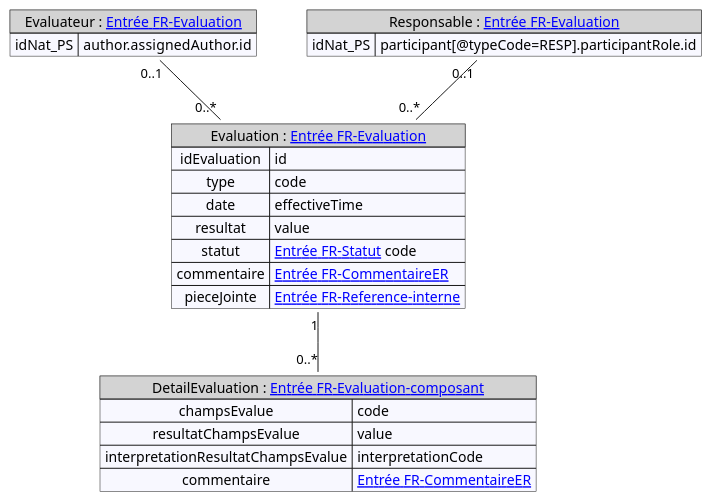
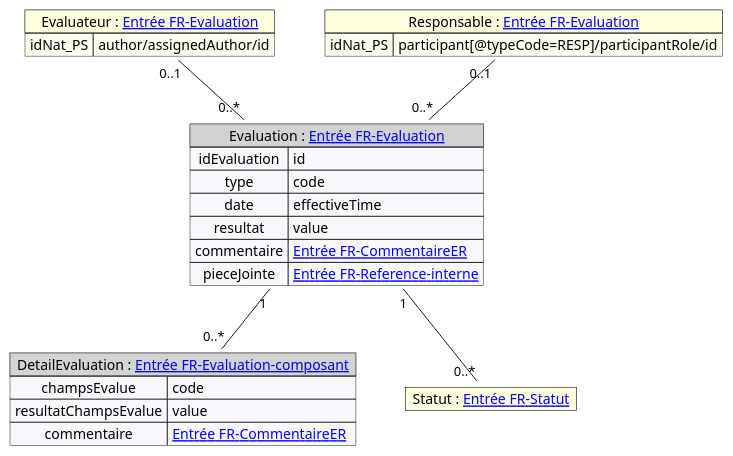
The diagram in input/images-source/mapping_evaluation.plantuml (ansforge/IG-fhir-transfert-donnees-dui-esms), drawn with PlantUML before and after one commit. The commit also changed 8 other files, not shown here.

```diff
--- a/input/images-source/mapping_evaluation.plantuml
+++ b/input/images-source/mapping_evaluation.plantuml
@@ -1,37 +1,38 @@
 @startuml
 
 
 map "Evaluation : [[contenu_dossier_corps_cda.html Entrée FR-Evaluation]]" as Evaluation #back:GhostWhite;header:LightGray{
     idEvaluation => id
     type => code
     date => effectiveTime
     resultat => value
-    statut => [[contenu_dossier_corps_cda.html Entrée FR-Statut]] code
     commentaire => [[contenu_dossier_corps_cda.html Entrée FR-CommentaireER]]
     pieceJointe => [[contenu_dossier_corps_cda.html Entrée FR-Reference-interne]]
 }
 
 
 map "DetailEvaluation : [[contenu_dossier_corps_cda.html Entrée FR-Evaluation-composant]]" as DetailEvaluation #back:GhostWhite;header:LightGray{
     champsEvalue => code
     resultatChampsEvalue => value
-    interpretationResultatChampsEvalue => interpretationCode
     commentaire => [[contenu_dossier_corps_cda.html Entrée FR-CommentaireER]]
 }
 
-map "Evaluateur : [[contenu_dossier_corps_cda.html Entrée FR-Evaluation]]" as Evaluateur#back:GhostWhite;header:LightGray{
-    idNat_PS => author.assignedAuthor.id
-   
+map "Evaluateur : [[contenu_dossier_corps_cda.html Entrée FR-Evaluation]]" as Evaluateur#back:Ivory;header:LightYellow {
+    idNat_PS => author/assignedAuthor/id
 }
 
-map "Responsable : [[contenu_dossier_corps_cda.html Entrée FR-Evaluation]]" as Responsable#back:GhostWhite;header:LightGray{
-    idNat_PS => participant[@typeCode=RESP].participantRole.id
+map "Responsable : [[contenu_dossier_corps_cda.html Entrée FR-Evaluation]]" as Responsable#back:Ivory;header:LightYellow {
+    idNat_PS => participant[@typeCode=RESP]/participantRole/id
+}
+
+map "Statut : [[contenu_dossier_corps_cda.html Entrée FR-Statut]]" as Statut #back:Ivory;header:LightYellow {
    
 }
 
 'Liens entre éléments
 Evaluateur "0..1" -- "0..*" Evaluation
 Responsable "0..1" -- "0..*" Evaluation
 Evaluation "1" -- "0..*" DetailEvaluation
+Evaluation "1" -- "0..*" Statut
 
 @enduml
```
